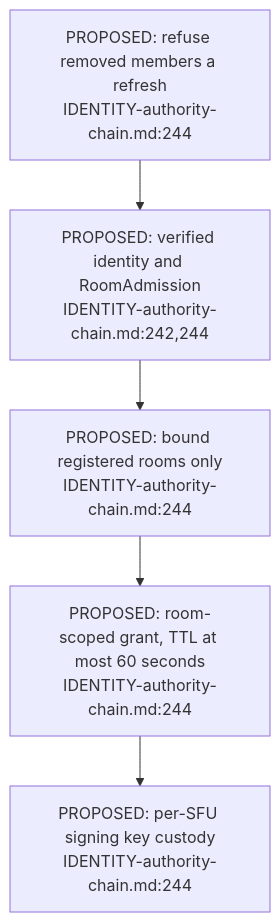
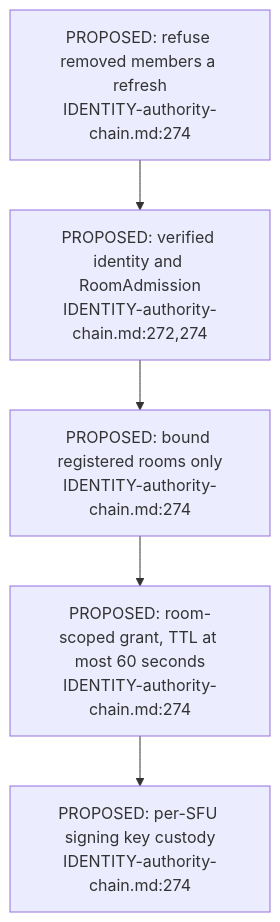
Before and after one commit to DreamLab-AI/VisionFlow: the second of 3 diagrams in docs/diagrams/visionclaw/50-deferred-space-voice.md, drawn with Mermaid. The commit also changed other lines of this file and 7 other files, not shown here.

First line of the commit message:
diagrams(visionclaw): re-verify VC-43..VC-50 at visionclaw 4900ec6

````diff
--- a/docs/diagrams/visionclaw/50-deferred-space-voice.md
+++ b/docs/diagrams/visionclaw/50-deferred-space-voice.md
@@ -41,7 +41,7 @@
 ```mermaid
 flowchart TD
-    AUTH["PROPOSED: verified identity and RoomAdmission<br/>IDENTITY-authority-chain.md:242,244"] --> BOUND["PROPOSED: bound registered rooms only<br/>IDENTITY-authority-chain.md:244"]
-    BOUND --> MINT["PROPOSED: room-scoped grant, TTL at most 60 seconds<br/>IDENTITY-authority-chain.md:244"]
-    MINT --> KEY["PROPOSED: per-SFU signing key custody<br/>IDENTITY-authority-chain.md:244"]
-    REFRESH["PROPOSED: refuse removed members a refresh<br/>IDENTITY-authority-chain.md:244"] --> AUTH
+    AUTH["PROPOSED: verified identity and RoomAdmission<br/>IDENTITY-authority-chain.md:272,274"] --> BOUND["PROPOSED: bound registered rooms only<br/>IDENTITY-authority-chain.md:274"]
+    BOUND --> MINT["PROPOSED: room-scoped grant, TTL at most 60 seconds<br/>IDENTITY-authority-chain.md:274"]
+    MINT --> KEY["PROPOSED: per-SFU signing key custody<br/>IDENTITY-authority-chain.md:274"]
+    REFRESH["PROPOSED: refuse removed members a refresh<br/>IDENTITY-authority-chain.md:274"] --> AUTH
 ```
````
